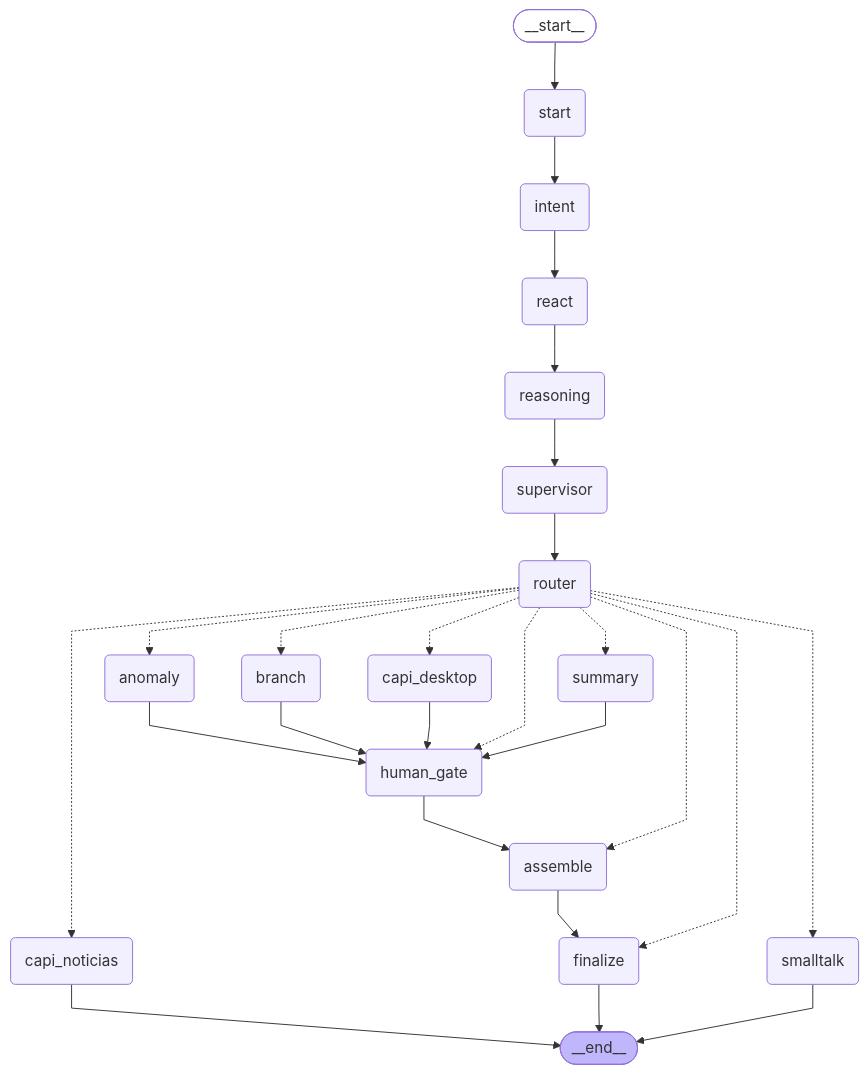
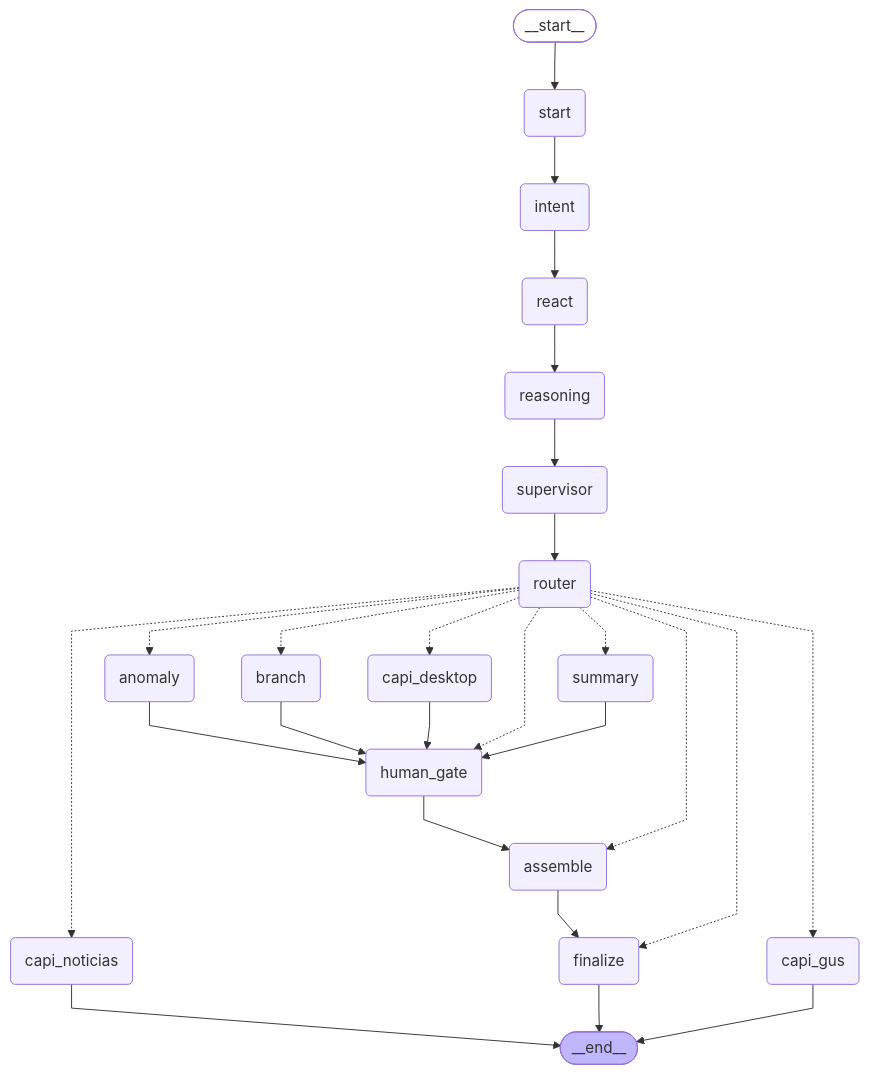
Before and after one commit to RoyalNoa/CapiAgentes2: the diagram in docs/diagrams/temp_graph.mmd, drawn with Mermaid. The commit also changed 86 other files, not shown here.

```diff
--- a/docs/diagrams/temp_graph.mmd
+++ b/docs/diagrams/temp_graph.mmd
@@ -1,50 +1,50 @@
 ---
 config:
   flowchart:
     curve: linear
 ---
 graph TD;
 	__start__([<p>__start__</p>]):::first
 	start(start)
 	intent(intent)
 	react(react)
 	reasoning(reasoning)
 	supervisor(supervisor)
 	router(router)
-	smalltalk(smalltalk)
+	capi_gus(capi_gus)
 	summary(summary)
 	branch(branch)
 	anomaly(anomaly)
 	capi_noticias(capi_noticias)
 	capi_desktop(capi_desktop)
 	human_gate(human_gate)
 	assemble(assemble)
 	finalize(finalize)
 	__end__([<p>__end__</p>]):::last
 	__start__ --> start;
 	anomaly --> human_gate;
 	assemble --> finalize;
 	branch --> human_gate;
 	capi_desktop --> human_gate;
 	human_gate --> assemble;
 	intent --> react;
 	react --> reasoning;
 	reasoning --> supervisor;
 	router -.-> anomaly;
 	router -.-> assemble;
 	router -.-> branch;
 	router -.-> capi_desktop;
 	router -.-> capi_noticias;
 	router -.-> finalize;
 	router -.-> human_gate;
-	router -.-> smalltalk;
+	router -.-> capi_gus;
 	router -.-> summary;
 	start --> intent;
 	summary --> human_gate;
 	supervisor --> router;
 	capi_noticias --> __end__;
 	finalize --> __end__;
-	smalltalk --> __end__;
+	capi_gus --> __end__;
 	classDef default fill:#f2f0ff,line-height:1.2
 	classDef first fill-opacity:0
 	classDef last fill:#bfb6fc
```
